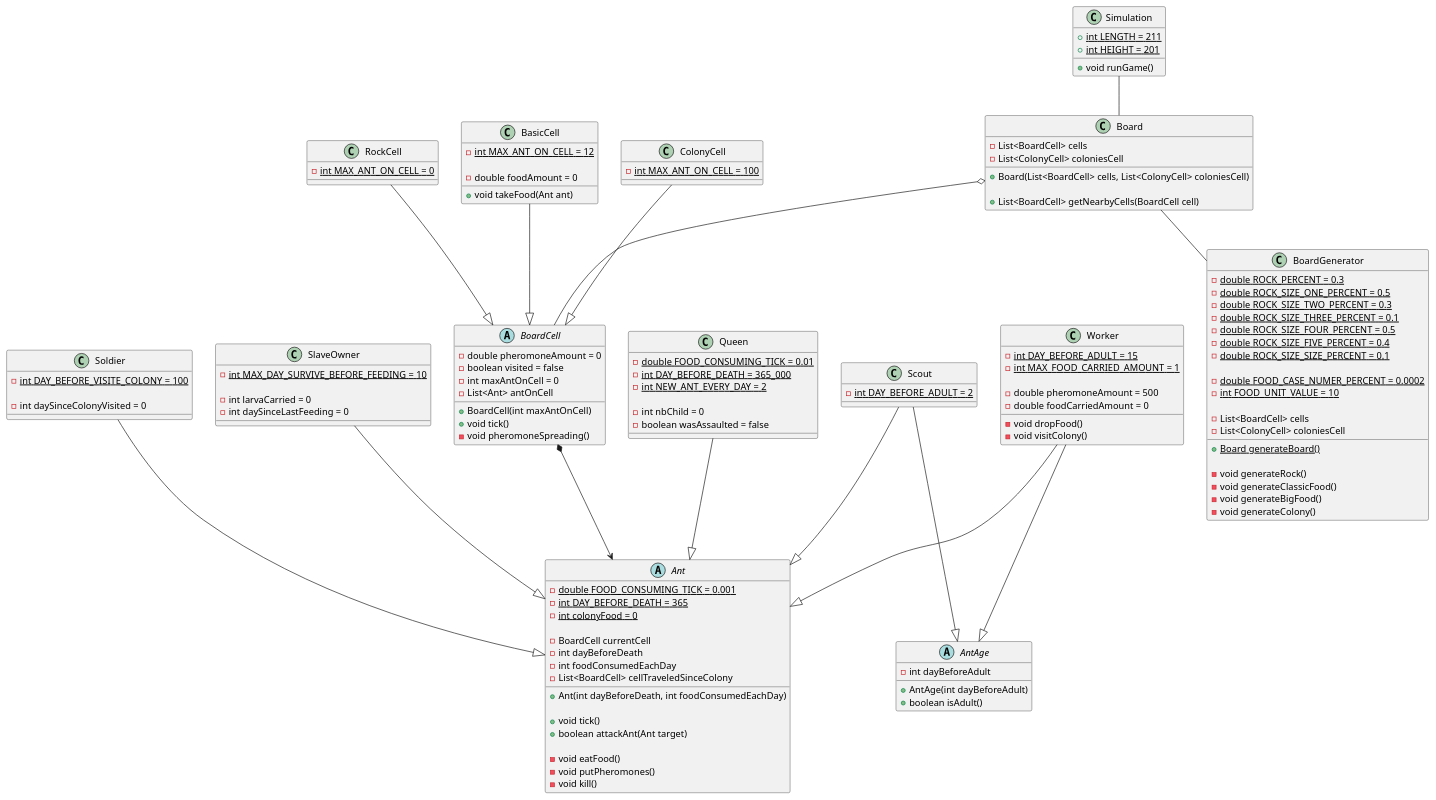
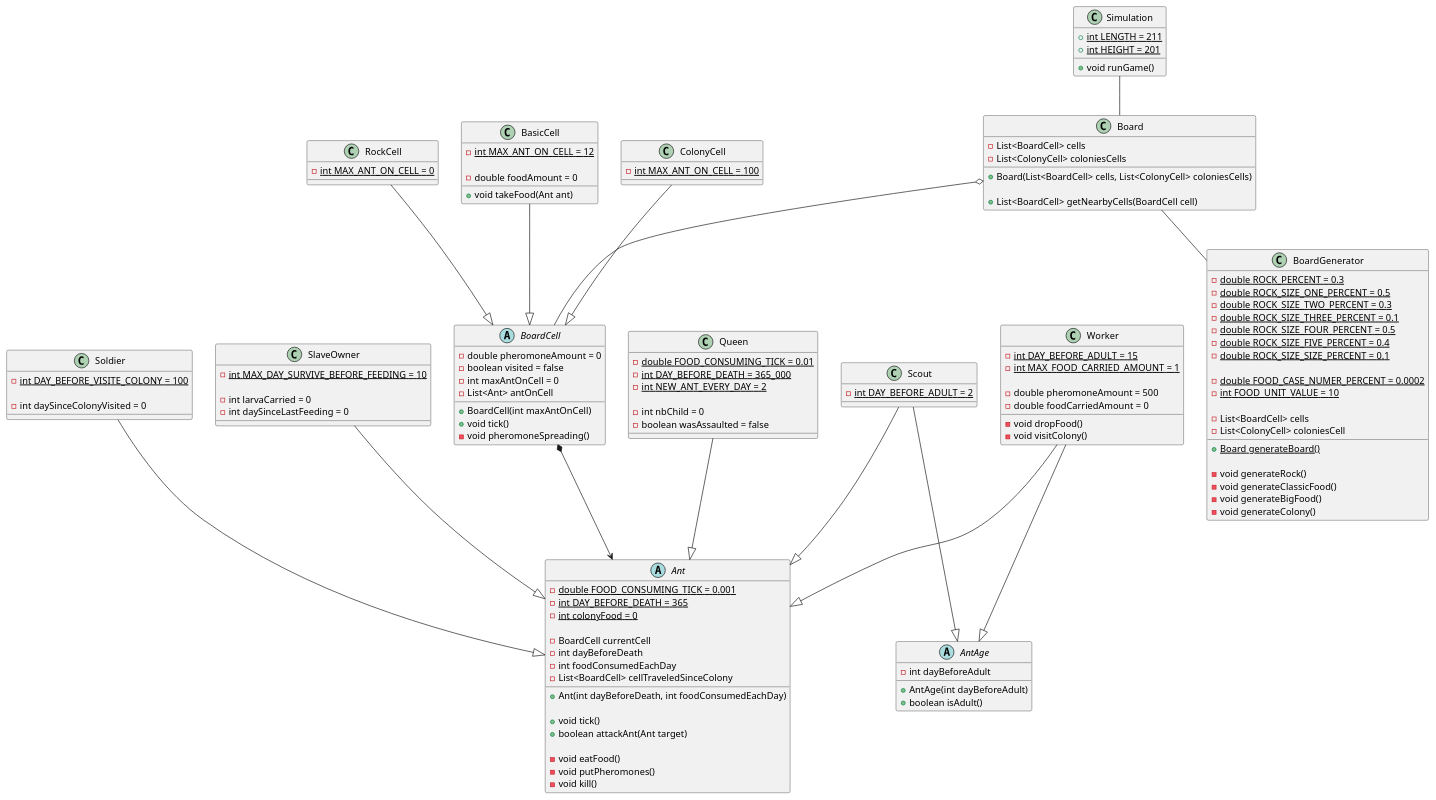
Before and after one commit to AntoninHuaut/aledlesfourmis: the diagram in Doc/class_diagram.puml, drawn with PlantUML.

Commit message:
Updating diagram

```diff
--- a/Doc/class_diagram.puml
+++ b/Doc/class_diagram.puml
@@ -1,153 +1,153 @@
 @startuml Ant
 
 abstract class Ant {
     - {static} double FOOD_CONSUMING_TICK = 0.001
     - {static} int DAY_BEFORE_DEATH = 365
     - {static} int colonyFood = 0
     
     - BoardCell currentCell
     - int dayBeforeDeath
     - int foodConsumedEachDay
     - List<BoardCell> cellTraveledSinceColony
     
     + Ant(int dayBeforeDeath, int foodConsumedEachDay)
 
     + void tick()
     + boolean attackAnt(Ant target)
 
     - void eatFood()
     - void putPheromones()
     - void kill()
 }
 
 class Queen {
     - {static} double FOOD_CONSUMING_TICK = 0.01
     - {static} int DAY_BEFORE_DEATH = 365_000
     - {static} int NEW_ANT_EVERY_DAY = 2
 
     - int nbChild = 0
     - boolean wasAssaulted = false
 }
 
 abstract class AntAge {
     + AntAge(int dayBeforeAdult)
 
     - int dayBeforeAdult
 
     + boolean isAdult()
 }
 
 class Worker {
     - {static} int DAY_BEFORE_ADULT = 15
     - {static} int MAX_FOOD_CARRIED_AMOUNT = 1
 
     - double pheromoneAmount = 500
     - double foodCarriedAmount = 0
 
     - void dropFood()
     - void visitColony()
 }
 
 class Scout {
     - {static} int DAY_BEFORE_ADULT = 2
 }
 
 class Soldier {
     - {static} int DAY_BEFORE_VISITE_COLONY = 100
 
     - int daySinceColonyVisited = 0
 }
 
 class SlaveOwner {
     - {static} int MAX_DAY_SURVIVE_BEFORE_FEEDING = 10
 
     - int larvaCarried = 0
     - int daySinceLastFeeding = 0
 }
 
 abstract class BoardCell {
     - double pheromoneAmount = 0
     - boolean visited = false
     - int maxAntOnCell = 0
     - List<Ant> antOnCell
 
     + BoardCell(int maxAntOnCell)
     + void tick()
     - void pheromoneSpreading()
 }
 
 class RockCell {
     - {static} int MAX_ANT_ON_CELL = 0
 }
 
 class BasicCell {
     - {static} int MAX_ANT_ON_CELL = 12
 
     - double foodAmount = 0
 
     + void takeFood(Ant ant)
 }
 
 class ColonyCell {
     - {static} int MAX_ANT_ON_CELL = 100
 }
 
 class Board {
     - List<BoardCell> cells
-    - List<ColonyCell> coloniesCell
+    - List<ColonyCell> coloniesCells
 
-    + Board(List<BoardCell> cells, List<ColonyCell> coloniesCell)
+    + Board(List<BoardCell> cells, List<ColonyCell> coloniesCells)
     
     + List<BoardCell> getNearbyCells(BoardCell cell)
 }
 
 class BoardGenerator {
     - {static} double ROCK_PERCENT = 0.3
     - {static} double ROCK_SIZE_ONE_PERCENT = 0.5
     - {static} double ROCK_SIZE_TWO_PERCENT = 0.3
     - {static} double ROCK_SIZE_THREE_PERCENT = 0.1
     - {static} double ROCK_SIZE_FOUR_PERCENT = 0.5
     - {static} double ROCK_SIZE_FIVE_PERCENT = 0.4
     - {static} double ROCK_SIZE_SIZE_PERCENT = 0.1
 
     - {static} double FOOD_CASE_NUMER_PERCENT = 0.0002
     - {static} int FOOD_UNIT_VALUE = 10
 
     - List<BoardCell> cells
     - List<ColonyCell> coloniesCell
 
     + {static} Board generateBoard()
 
     - void generateRock()
     - void generateClassicFood()
     - void generateBigFood()
     - void generateColony()
 }
 
 class Simulation {
     + {static} int LENGTH = 211
     + {static} int HEIGHT = 201
 
     + void runGame()
 }
 
 RockCell --|> BoardCell
 BasicCell --|> BoardCell
 ColonyCell --|> BoardCell
 
 Simulation -- Board
 Board -- BoardGenerator
 Board o-- BoardCell
 
 BoardCell *--> Ant
 
 Worker --|> AntAge
 Scout --|> AntAge
 
 Worker --|> Ant
 Scout --|> Ant
 Soldier --|> Ant
 SlaveOwner --|> Ant
 Queen --|> Ant
 
 @enduml
```
